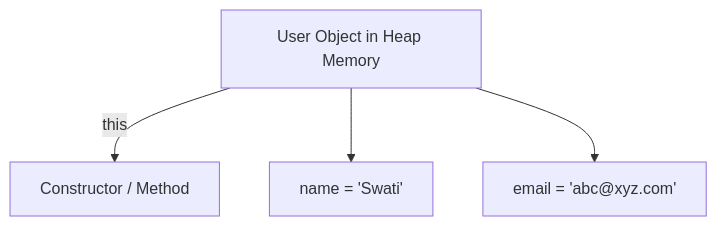
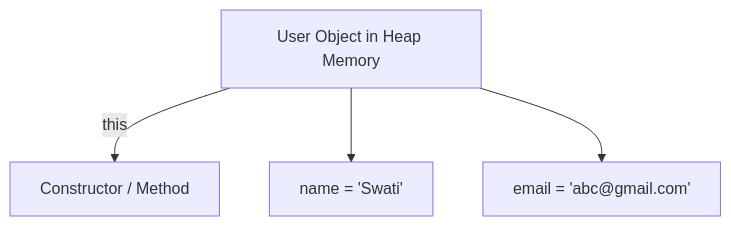
The diagram in this.md (gr8swati/Core-Java-Notes), drawn with Mermaid before and after one commit. The commit also changed other lines of this file, not shown here.

````diff
--- a/this.md
+++ b/this.md
@@ -141,6 +141,6 @@
 ```mermaid
 graph TD
     A["User Object in Heap Memory"] -->|this| B["Constructor / Method"]
     A --> C["name = 'Swati'"]
-    A --> D["email = 'abc@xyz.com'"]
+    A --> D["email = 'abc@gmail.com'"]
 ```
````
